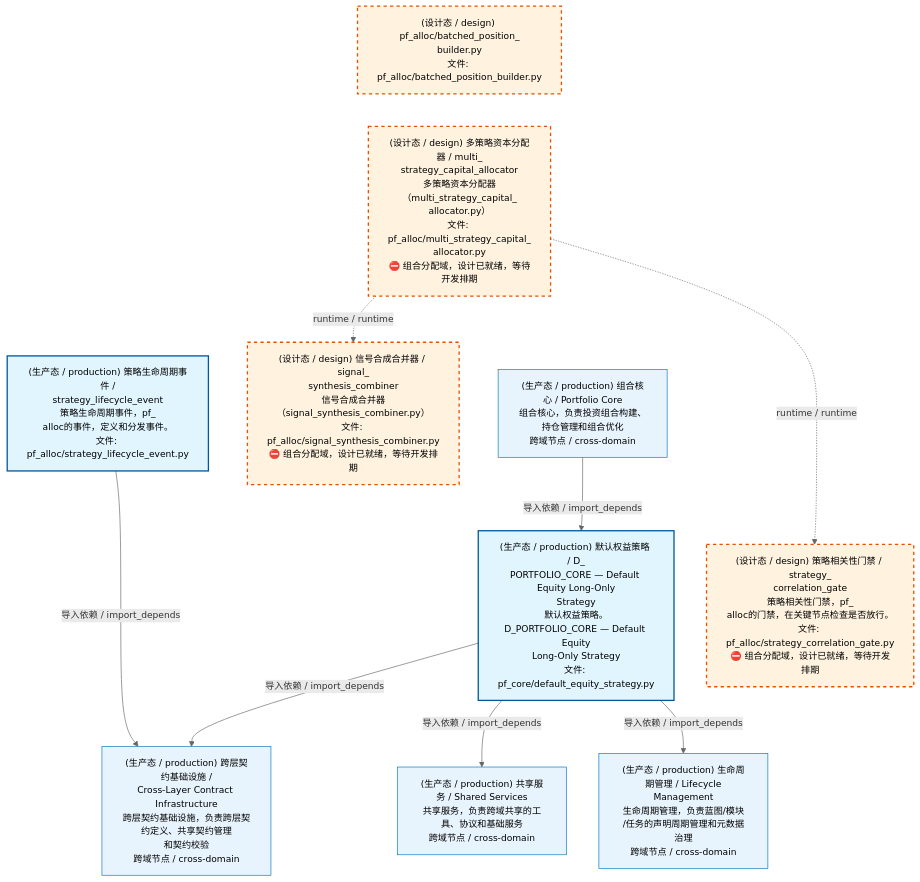
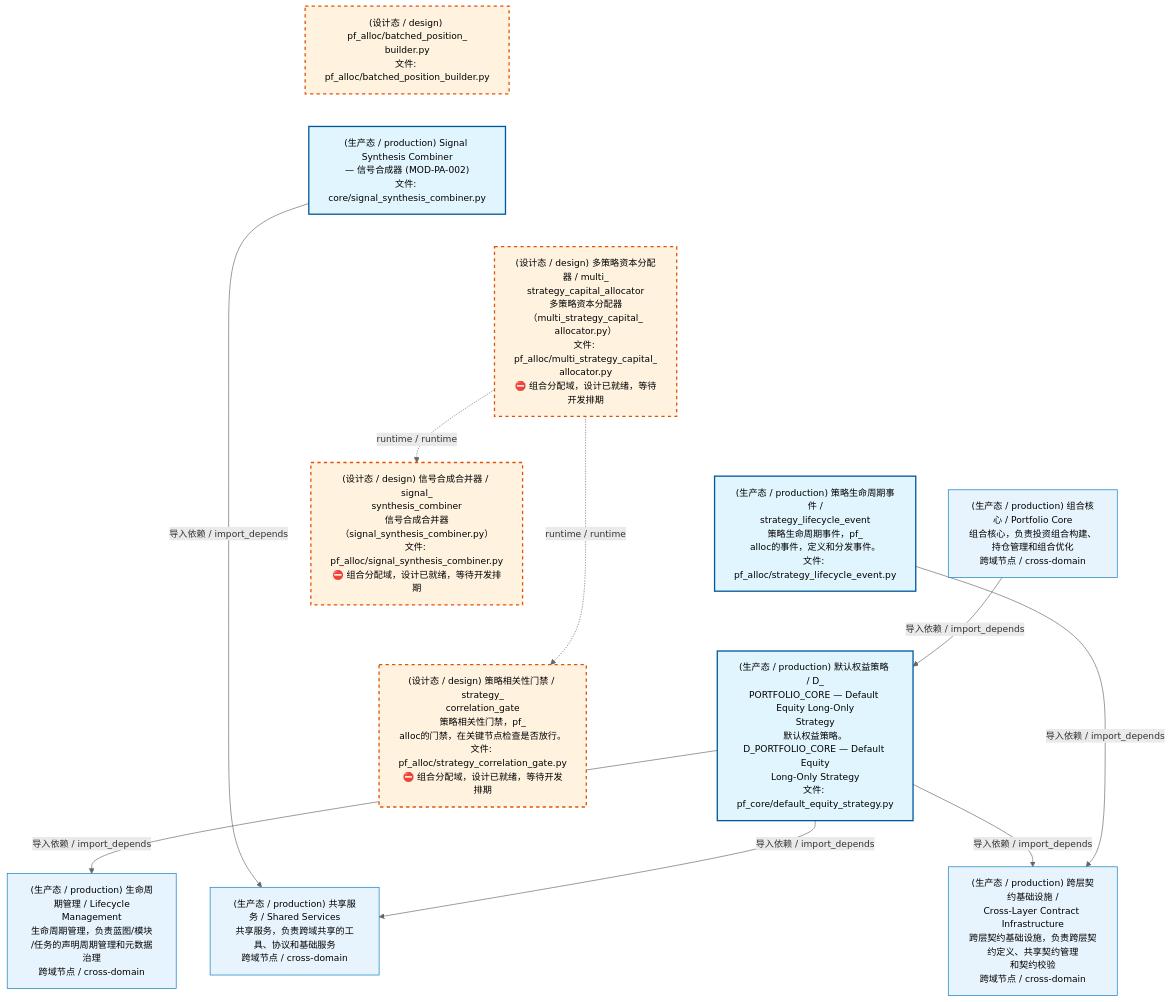
One commit to xuanFelixVan/ZephyrAlpha changed the first of 4 diagrams in docs/02_enterprise_architecture/02_domain_architecture_docs/62_d_pf_alloc.md. Above: the diagram before and after it, drawn with Mermaid. The commit also changed other lines of this file and 43 other files, not shown here.

````diff
--- a/docs/02_enterprise_architecture/02_domain_architecture_docs/62_d_pf_alloc.md
+++ b/docs/02_enterprise_architecture/02_domain_architecture_docs/62_d_pf_alloc.md
@@ -53,32 +53,35 @@
 ```mermaid
 %%{init: {'theme': 'base', 'themeVariables': {'primaryColor': '#eaeaea', 'primaryTextColor': '#333333', 'primaryBorderColor': '#666666', 'lineColor': '#666666', 'secondaryColor': '#eaeaea', 'tertiaryColor': '#eaeaea', 'fontSize': '14px'}}}%%
 flowchart TD
     src_zephyr_pf_alloc_batched_position_builder_py["(设计态 / design) pf_alloc/batched_position_<br/>builder.py<br/>文件: pf_alloc/batched_position_builder.py"]
+    src_zephyr_pf_alloc_core_signal_synthesis_combiner_py["(生产态 / production) Signal Synthesis Combiner<br/>— 信号合成器 (MOD-PA-002)<br/>文件: core/signal_synthesis_combiner.py"]
     src_zephyr_pf_alloc_multi_strategy_capital_allocator_py["(设计态 / design) 多策略资本分配器 / multi_<br/>strategy_capital_allocator<br/>多策略资本分配器（multi_strategy_capital_<br/>allocator.py）<br/>文件: pf_alloc/multi_strategy_capital_<br/>allocator.py<br/>⛔ 组合分配域，设计已就绪，等待开发排期"]
     src_zephyr_pf_alloc_strategy_lifecycle_event_py["(生产态 / production) 策略生命周期事件 /<br/>strategy_lifecycle_event<br/>策略生命周期事件，pf_<br/>alloc的事件，定义和分发事件。<br/>文件: pf_alloc/strategy_lifecycle_event.py"]
     src_zephyr_pf_core_default_equity_strategy_py["(生产态 / production) 默认权益策略 / D_<br/>PORTFOLIO_CORE — Default Equity Long-Only<br/>Strategy<br/>默认权益策略。D_PORTFOLIO_CORE — Default Equity<br/>Long-Only Strategy<br/>文件: pf_core/default_equity_strategy.py"]
-    src_zephyr_pf_alloc_batched_position_builder_py ~~~ src_zephyr_pf_alloc_multi_strategy_capital_allocator_py
+    src_zephyr_pf_alloc_batched_position_builder_py ~~~ src_zephyr_pf_alloc_core_signal_synthesis_combiner_py
+    src_zephyr_pf_alloc_core_signal_synthesis_combiner_py ~~~ src_zephyr_pf_alloc_multi_strategy_capital_allocator_py
     src_zephyr_pf_alloc_multi_strategy_capital_allocator_py ~~~ src_zephyr_pf_alloc_strategy_lifecycle_event_py
     src_zephyr_pf_alloc_strategy_lifecycle_event_py ~~~ src_zephyr_pf_core_default_equity_strategy_py
     src_zephyr_pf_alloc_signal_synthesis_combiner_py["(设计态 / design) 信号合成合并器 / signal_<br/>synthesis_combiner<br/>信号合成合并器（signal_synthesis_combiner.py）<br/>文件: pf_alloc/signal_synthesis_combiner.py<br/>⛔ 组合分配域，设计已就绪，等待开发排期"]
     src_zephyr_pf_alloc_strategy_correlation_gate_py["(设计态 / design) 策略相关性门禁 / strategy_<br/>correlation_gate<br/>策略相关性门禁，pf_<br/>alloc的门禁，在关键节点检查是否放行。<br/>文件: pf_alloc/strategy_correlation_gate.py<br/>⛔ 组合分配域，设计已就绪，等待开发排期"]
     src_zephyr_pf_alloc_signal_synthesis_combiner_py ~~~ src_zephyr_pf_alloc_strategy_correlation_gate_py
     src_zephyr_pf_alloc_multi_strategy_capital_allocator_py -.->|runtime / runtime| src_zephyr_pf_alloc_signal_synthesis_combiner_py
     src_zephyr_pf_alloc_multi_strategy_capital_allocator_py -.->|runtime / runtime| src_zephyr_pf_alloc_strategy_correlation_gate_py
+    D_SHARED["(生产态 / production) 共享服务 / Shared Services<br/>共享服务，负责跨域共享的工具、协议和基础服务<br/>跨域节点 / cross-domain"]
+    src_zephyr_pf_alloc_core_signal_synthesis_combiner_py -->|导入依赖 / import_depends| D_SHARED
     D_INFRASTRUCTURE["(生产态 / production) 跨层契约基础设施 /<br/>Cross-Layer Contract Infrastructure<br/>跨层契约基础设施，负责跨层契约定义、共享契约管理<br/>和契约校验<br/>跨域节点 / cross-domain"]
     src_zephyr_pf_core_default_equity_strategy_py -->|导入依赖 / import_depends| D_INFRASTRUCTURE
     src_zephyr_pf_alloc_strategy_lifecycle_event_py -->|导入依赖 / import_depends| D_INFRASTRUCTURE
-    D_SHARED["(生产态 / production) 共享服务 / Shared Services<br/>共享服务，负责跨域共享的工具、协议和基础服务<br/>跨域节点 / cross-domain"]
     src_zephyr_pf_core_default_equity_strategy_py -->|导入依赖 / import_depends| D_SHARED
     D_GOVERNANCE["(生产态 / production) 生命周期管理 / Lifecycle<br/>Management<br/>生命周期管理，负责蓝图/模块<br/>/任务的声明周期管理和元数据治理<br/>跨域节点 / cross-domain"]
     src_zephyr_pf_core_default_equity_strategy_py -->|导入依赖 / import_depends| D_GOVERNANCE
     D_PF_CORE["(生产态 / production) 组合核心 / Portfolio Core<br/>组合核心，负责投资组合构建、持仓管理和组合优化<br/>跨域节点 / cross-domain"]
     D_PF_CORE -->|导入依赖 / import_depends| src_zephyr_pf_core_default_equity_strategy_py
     classDef production fill:#e1f5fe,stroke:#01579b,stroke-width:2px,color:#000
     classDef design fill:#fff3e0,stroke:#e65100,stroke-width:2px,color:#000,stroke-dasharray: 5 5
     classDef external_prod fill:#e8f4fd,stroke:#0277bd,stroke-width:1px,color:#000
     classDef external_design fill:#fff8e7,stroke:#ef6c00,stroke-width:1px,color:#000,stroke-dasharray: 5 5
-    class src_zephyr_pf_alloc_strategy_lifecycle_event_py,src_zephyr_pf_core_default_equity_strategy_py production
+    class src_zephyr_pf_alloc_core_signal_synthesis_combiner_py,src_zephyr_pf_alloc_strategy_lifecycle_event_py,src_zephyr_pf_core_default_equity_strategy_py production
     class src_zephyr_pf_alloc_batched_position_builder_py,src_zephyr_pf_alloc_multi_strategy_capital_allocator_py,src_zephyr_pf_alloc_signal_synthesis_combiner_py,src_zephyr_pf_alloc_strategy_correlation_gate_py design
-    class D_INFRASTRUCTURE,D_SHARED,D_GOVERNANCE,D_PF_CORE external_prod
+    class D_SHARED,D_INFRASTRUCTURE,D_GOVERNANCE,D_PF_CORE external_prod
 ```
````
